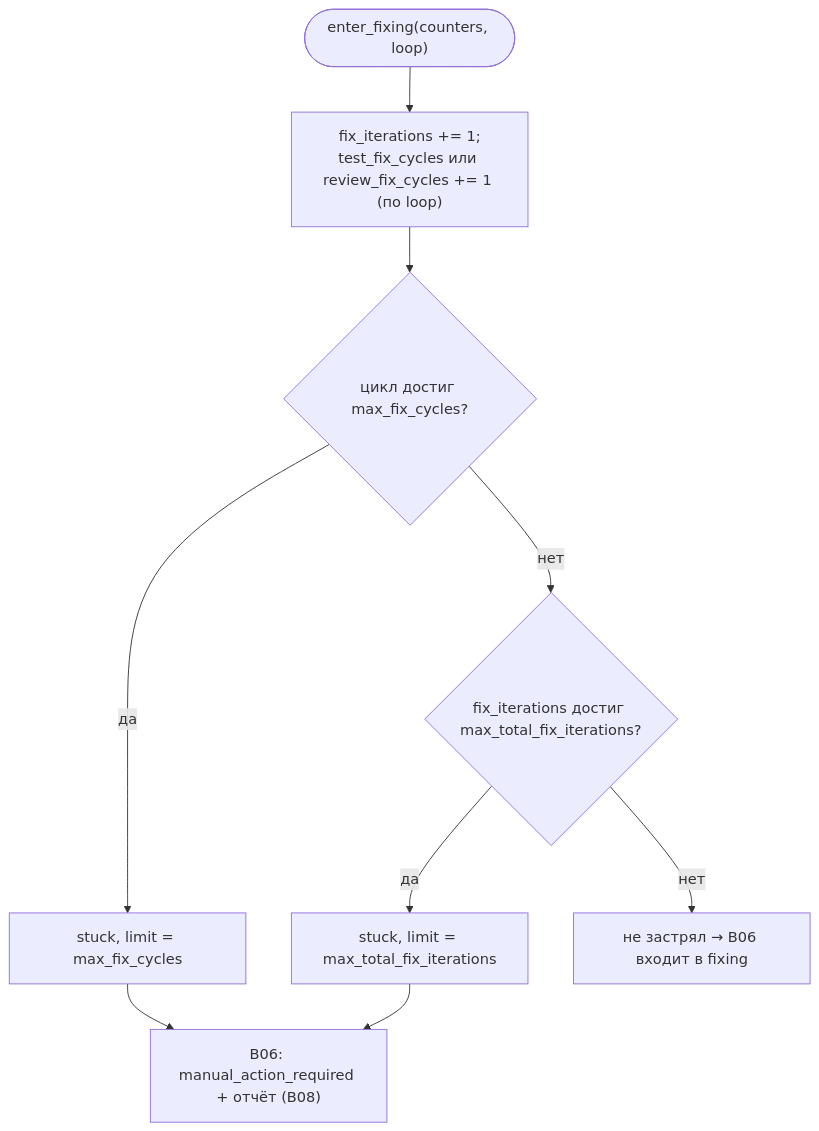
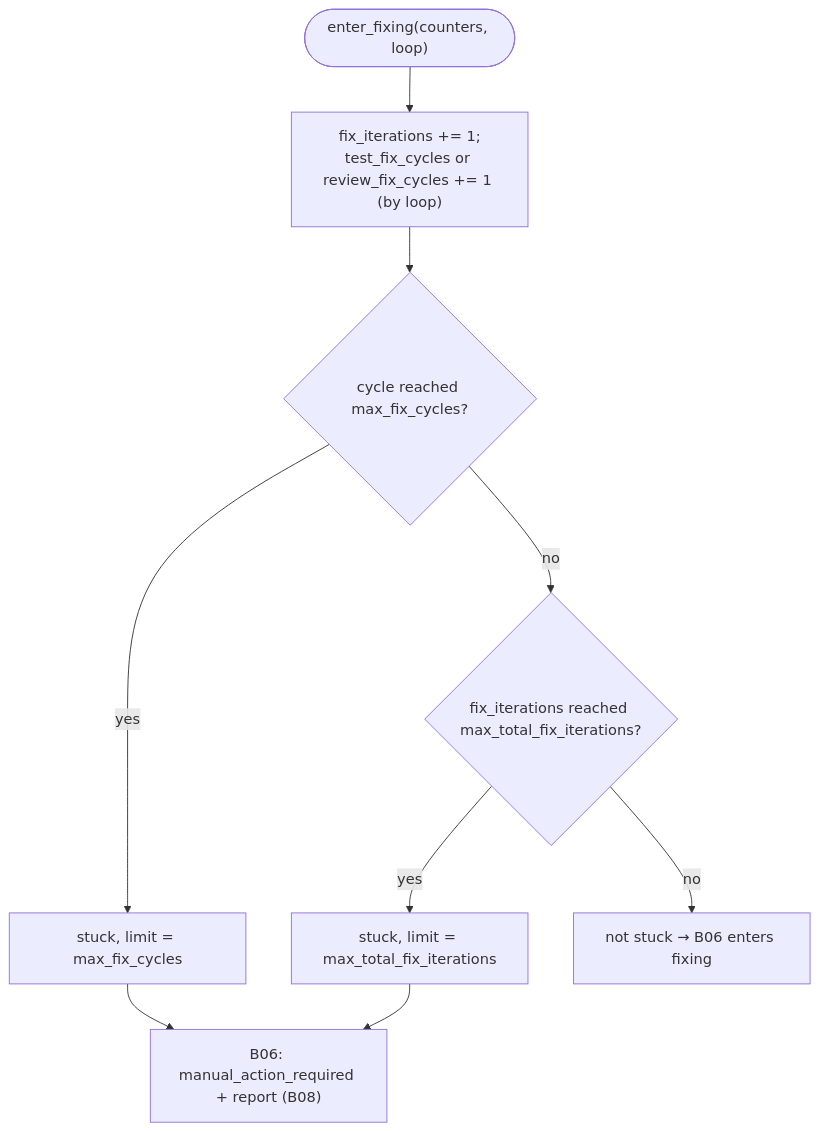
One commit to VladimirMakarevich/wastech-orchestrator changed the diagram in docs/functional/blocks/B09-fix-loop-control.md. Above: the diagram before and after it, drawn with Mermaid. The commit also changed other lines of this file and 41 other files, not shown here.

Commit message:
docs: translate system flows documentation from Russian to English, ensuring clarity and consistency in terminology. Update sequence diagrams and flowcharts to reflect the changes in language. Maintain the structure and references to blocks for ease of navigation.

````diff
--- a/docs/functional/blocks/B09-fix-loop-control.md
+++ b/docs/functional/blocks/B09-fix-loop-control.md
@@ -45,11 +45,11 @@
 ```mermaid
 flowchart TB
-    start(["enter_fixing(counters, loop)"]) --> inc["fix_iterations += 1;<br/>test_fix_cycles или review_fix_cycles += 1 (по loop)"]
-    inc --> c1{"цикл достиг max_fix_cycles?"}
-    c1 -->|да| stuck1["stuck, limit = max_fix_cycles"]
-    c1 -->|нет| c2{"fix_iterations достиг max_total_fix_iterations?"}
-    c2 -->|да| stuck2["stuck, limit = max_total_fix_iterations"]
-    c2 -->|нет| go["не застрял → B06 входит в fixing"]
-    stuck1 --> manual["B06: manual_action_required + отчёт (B08)"]
+    start(["enter_fixing(counters, loop)"]) --> inc["fix_iterations += 1;<br/>test_fix_cycles or review_fix_cycles += 1 (by loop)"]
+    inc --> c1{"cycle reached max_fix_cycles?"}
+    c1 -->|yes| stuck1["stuck, limit = max_fix_cycles"]
+    c1 -->|no| c2{"fix_iterations reached max_total_fix_iterations?"}
+    c2 -->|yes| stuck2["stuck, limit = max_total_fix_iterations"]
+    c2 -->|no| go["not stuck → B06 enters fixing"]
+    stuck1 --> manual["B06: manual_action_required + report (B08)"]
     stuck2 --> manual
 ```
````
